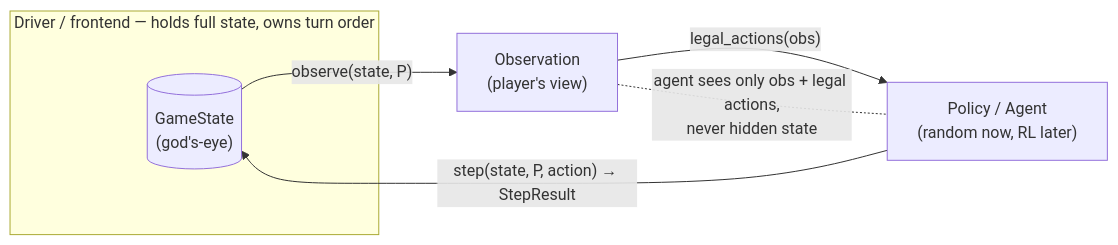
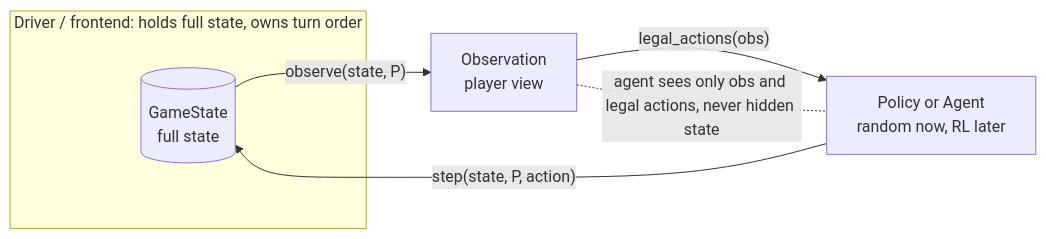
Before and after one commit to AniruddhaHumane/hanoi-crossing: the diagram in README.md, drawn with Mermaid.

Commit message:
docs: make architecture diagram render on GitHub (drop apostrophes, unicode arrow, em-dash) (#9)

````diff
--- a/README.md
+++ b/README.md
@@ -54,16 +54,16 @@
 ```mermaid
 flowchart LR
-    S[("GameState<br/>(god's-eye)")]
-    O["Observation<br/>(player's view)"]
-    P["Policy / Agent<br/>(random now, RL later)"]
+    S[("GameState<br/>full state")]
+    O["Observation<br/>player view"]
+    P["Policy or Agent<br/>random now, RL later"]
 
-    subgraph Driver["Driver / frontend — holds full state, owns turn order"]
+    subgraph Driver["Driver / frontend: holds full state, owns turn order"]
         S
     end
 
     S -- "observe(state, P)" --> O
     O -- "legal_actions(obs)" --> P
-    P -- "step(state, P, action) → StepResult" --> S
+    P -- "step(state, P, action)" --> S
 
-    O -. "agent sees only obs + legal actions,<br/>never hidden state" .- P
+    O -. "agent sees only obs and legal actions, never hidden state" .- P
 ```
````
